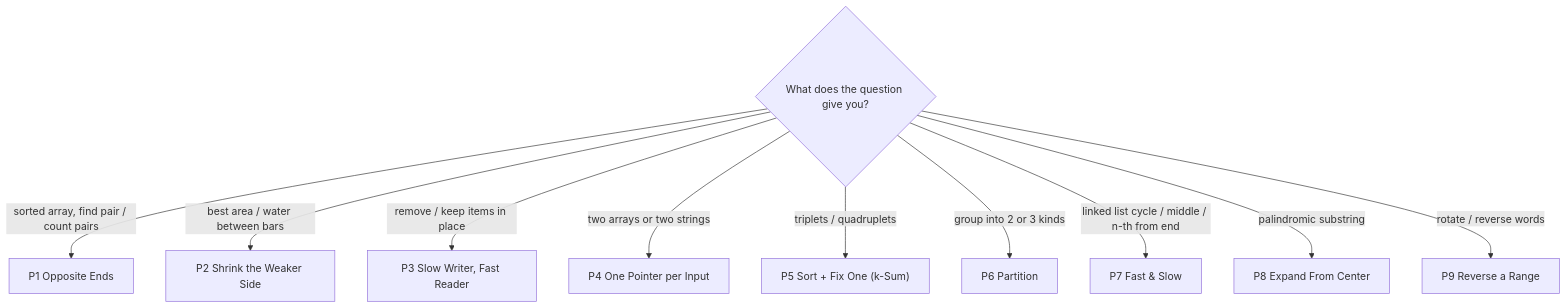
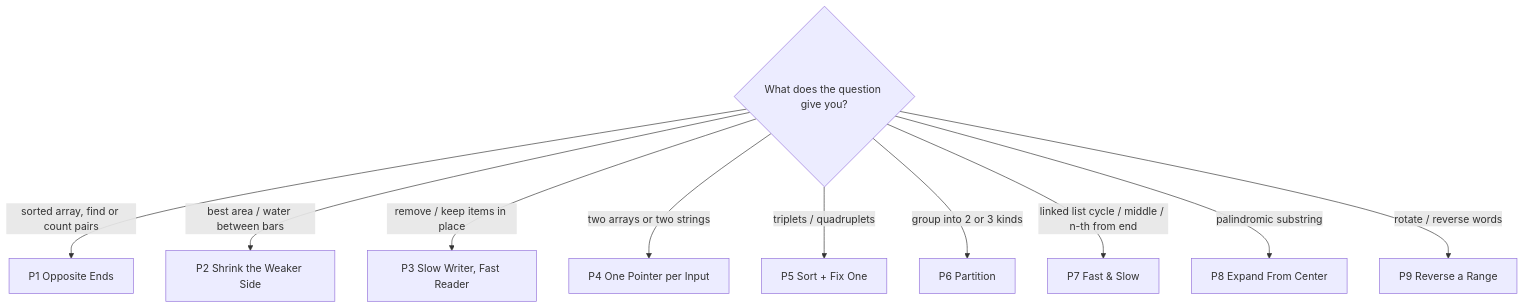
One commit to abhiparashar/dsa-guide changed the diagram in java/02-two-pointers/README.md. Above: the diagram before and after it, drawn with Mermaid. The commit also changed other lines of this file and 4 other files, not shown here.

````diff
--- a/java/02-two-pointers/README.md
+++ b/java/02-two-pointers/README.md
@@ -11,13 +75,13 @@
 ```mermaid
 flowchart TD
   Q{"What does the question give you?"}
-  Q -->|"sorted array, find pair / count pairs"| P1["P1 Opposite Ends"]
+  Q -->|"sorted array, find or count pairs"| P1["P1 Opposite Ends"]
   Q -->|"best area / water between bars"| P2["P2 Shrink the Weaker Side"]
   Q -->|"remove / keep items in place"| P3["P3 Slow Writer, Fast Reader"]
   Q -->|"two arrays or two strings"| P4["P4 One Pointer per Input"]
-  Q -->|"triplets / quadruplets"| P5["P5 Sort + Fix One (k-Sum)"]
+  Q -->|"triplets / quadruplets"| P5["P5 Sort + Fix One"]
   Q -->|"group into 2 or 3 kinds"| P6["P6 Partition"]
   Q -->|"linked list cycle / middle / n-th from end"| P7["P7 Fast & Slow"]
   Q -->|"palindromic substring"| P8["P8 Expand From Center"]
   Q -->|"rotate / reverse words"| P9["P9 Reverse a Range"]
 ```
````
